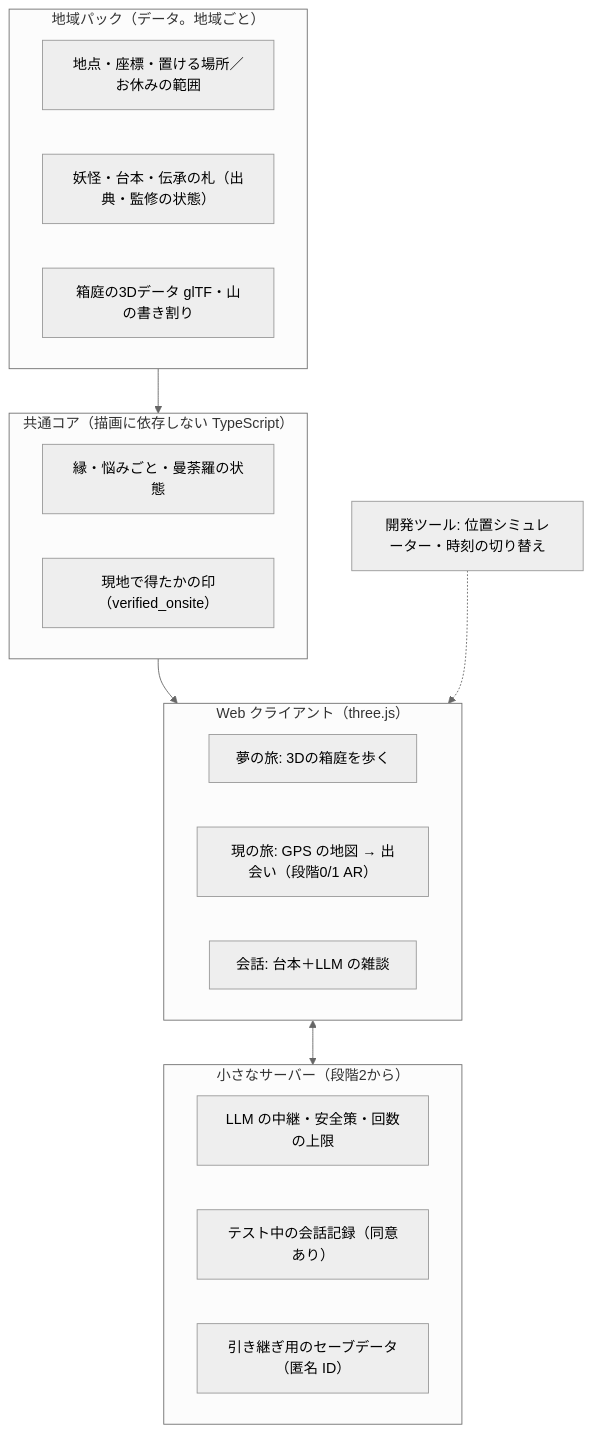
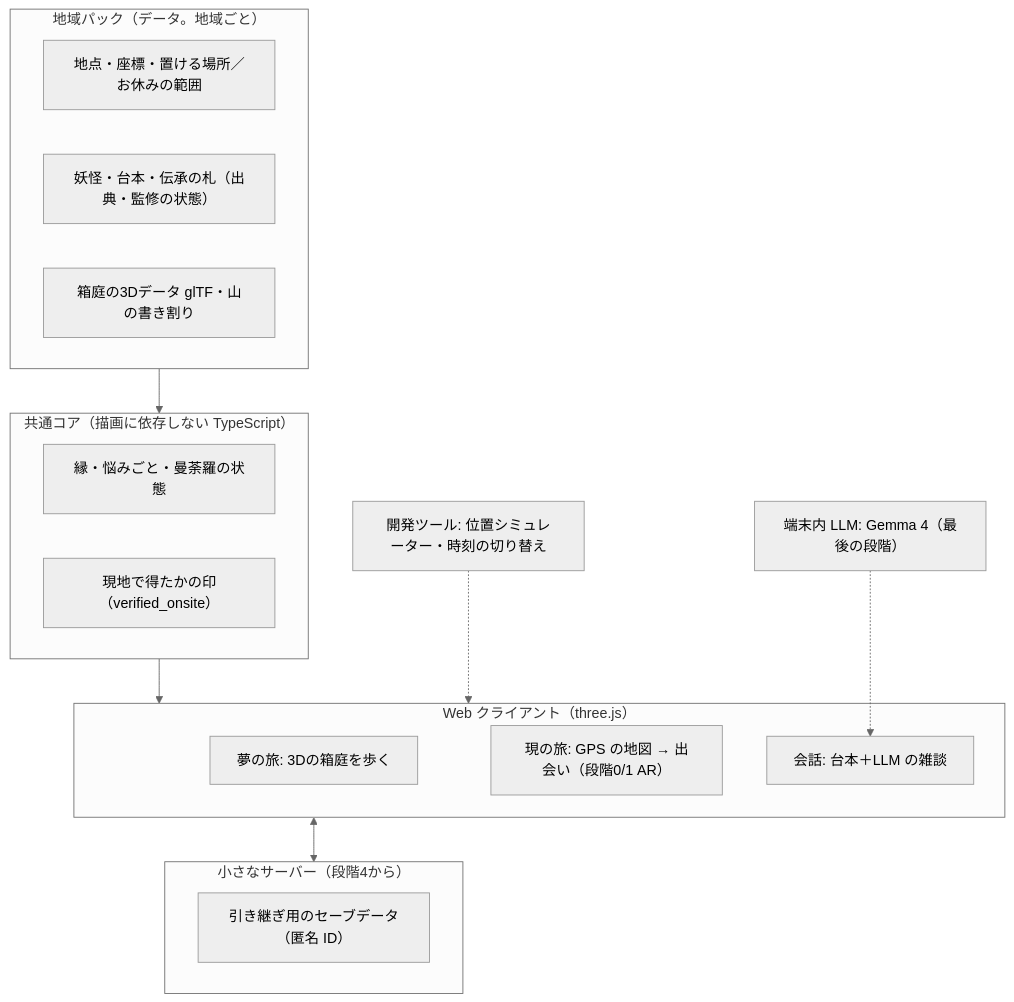
Before and after one commit to NPO-OpenCoralNetwork/ar-project: the diagram in docs/yokai-game/05-overview-and-roadmap.md, drawn with Mermaid (neutral theme). The commit also changed other lines of this file and 10 other files, not shown here.

First line of the commit message:
Scaffold yokai-game app (Vite + TypeScript + three.js) and update roadmap for on-device LLM

````diff
--- a/docs/yokai-game/05-overview-and-roadmap.md
+++ b/docs/yokai-game/05-overview-and-roadmap.md
@@ -90,26 +90,26 @@
 ```mermaid
 flowchart TB
   subgraph Pack["地域パック（データ。地域ごと）"]
     P1[地点・座標・置ける場所／お休みの範囲]
     P2[妖怪・台本・伝承の札（出典・監修の状態）]
     P3[箱庭の3Dデータ glTF・山の書き割り]
   end
   subgraph Core["共通コア（描画に依存しない TypeScript）"]
     C1[縁・悩みごと・曼荼羅の状態]
     C2[現地で得たかの印（verified_onsite）]
   end
   subgraph Client["Web クライアント（three.js）"]
     Y[夢の旅: 3Dの箱庭を歩く]
     U[現の旅: GPS の地図 → 出会い（段階0/1 AR）]
     T[会話: 台本＋LLM の雑談]
   end
-  subgraph Server["小さなサーバー（段階2から）"]
-    S1[LLM の中継・安全策・回数の上限]
-    S2[テスト中の会話記録（同意あり）]
+  subgraph Server["小さなサーバー（段階4から）"]
     S3[引き継ぎ用のセーブデータ（匿名 ID）]
   end
+  LLM[端末内 LLM: Gemma 4（最後の段階）]
   Dev[開発ツール: 位置シミュレーター・時刻の切り替え]
   Pack --> Core --> Client
   Client <--> Server
   Dev -.-> Client
+  LLM -.-> T
 ```
````
